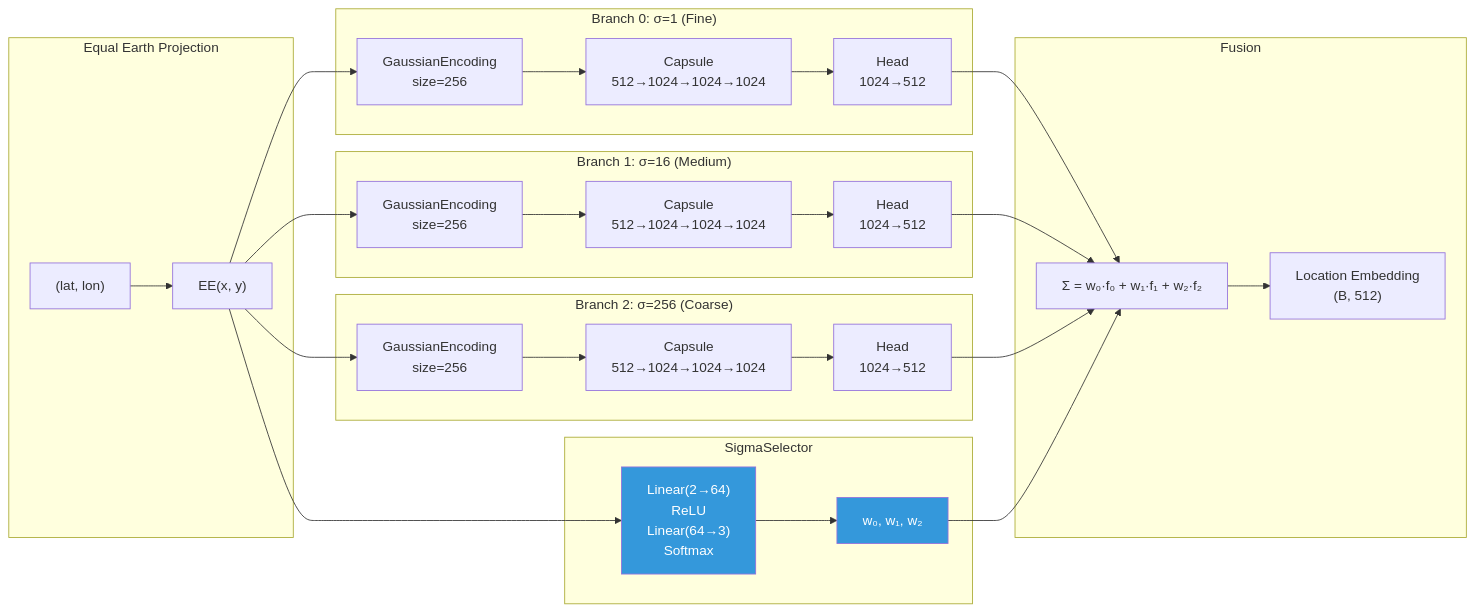
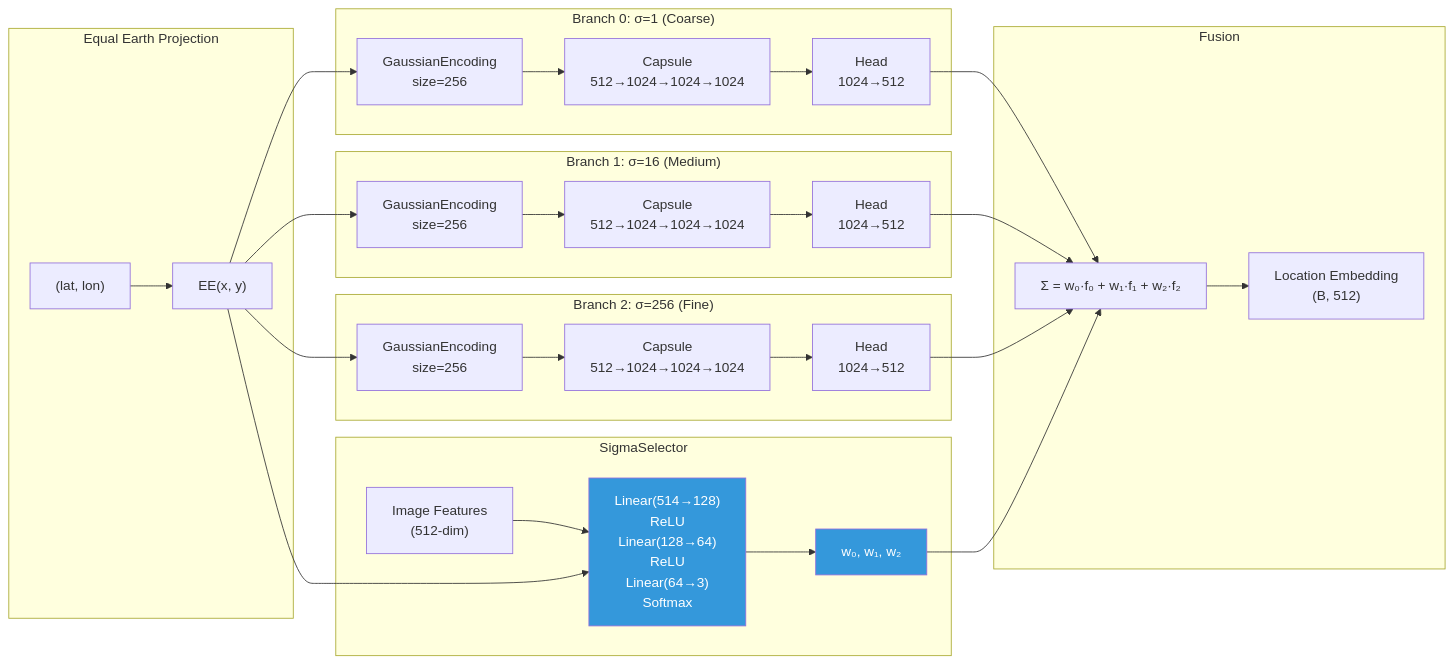
Before and after one commit to Vitalrubbish/GeoTX: the second of 3 diagrams in README.md, drawn with Mermaid. The commit also changed other lines of this file and 16 other files, not shown here.

````diff
--- a/README.md
+++ b/README.md
@@ -87,33 +88,34 @@
 ```mermaid
 graph LR
     subgraph EqualEarthProjection ["Equal Earth Projection"]
         GPS2["(lat, lon)"] --> EE2["EE(x, y)"]
     end
 
-    subgraph Branch0 ["Branch 0: σ=1 (Fine)"]
+    subgraph Branch0 ["Branch 0: σ=1 (Coarse)"]
         EE2 --> R0["GaussianEncoding<br/>size=256"] --> C0["Capsule<br/>512→1024→1024→1024"] --> H0["Head<br/>1024→512"]
     end
 
     subgraph Branch1 ["Branch 1: σ=16 (Medium)"]
         EE2 --> R1["GaussianEncoding<br/>size=256"] --> C1["Capsule<br/>512→1024→1024→1024"] --> H1["Head<br/>1024→512"]
     end
 
-    subgraph Branch2 ["Branch 2: σ=256 (Coarse)"]
+    subgraph Branch2 ["Branch 2: σ=256 (Fine)"]
         EE2 --> R2["GaussianEncoding<br/>size=256"] --> C2["Capsule<br/>512→1024→1024→1024"] --> H2["Head<br/>1024→512"]
     end
 
     subgraph SigmaSelector ["SigmaSelector"]
-        EE2 --> SS2["Linear(2→64)<br/>ReLU<br/>Linear(64→3)<br/>Softmax"] --> W["w₀, w₁, w₂"]
+        IMG_FEAT["Image Features<br/>(512-dim)"] --> SS2
+        EE2 --> SS2["Linear(514→128)<br/>ReLU<br/>Linear(128→64)<br/>ReLU<br/>Linear(64→3)<br/>Softmax"] --> W["w₀, w₁, w₂"]
     end
 
     subgraph Fusion ["Fusion"]
         H0 --> SUM["Σ = w₀·f₀ + w₁·f₁ + w₂·f₂"]
         H1 --> SUM
         H2 --> SUM
         W --> SUM
         SUM --> OUT["Location Embedding<br/>(B, 512)"]
     end
 
     style SS2 fill:#3498db,color:#fff
     style W fill:#3498db,color:#fff
 ```
````
